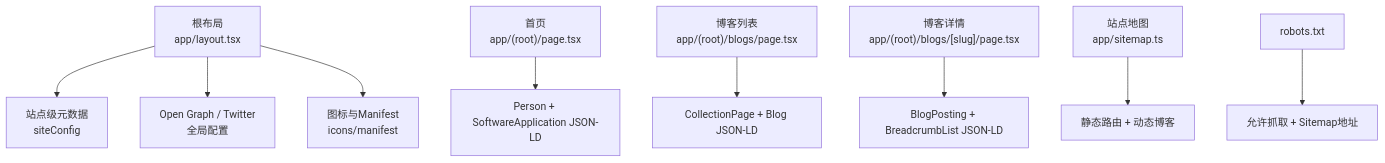
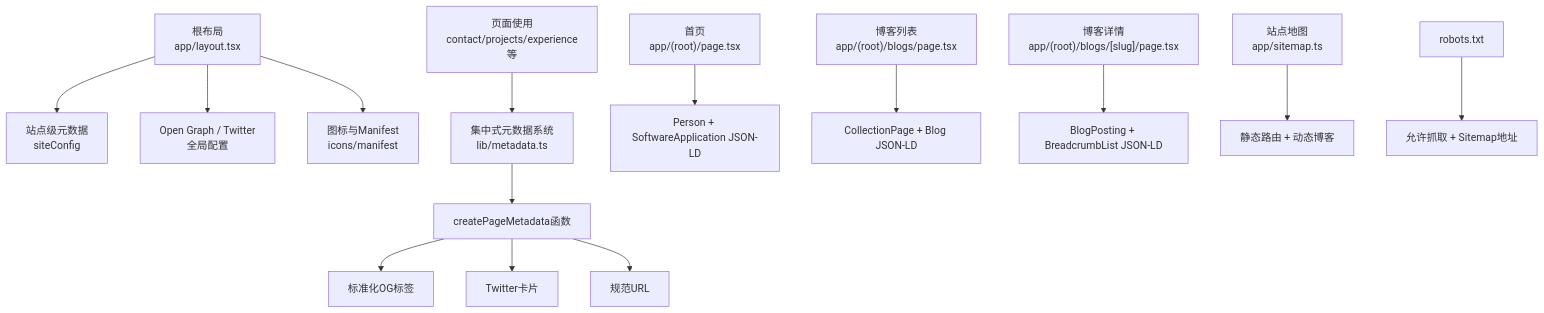
Before and after one commit to florianjsun/next-portfolio: the first of 4 diagrams in .qoder/repowiki/zh/content/SEO优化.md, drawn with Mermaid. The commit also changed other lines of this file and 49 other files, not shown here.

````diff
--- a/.qoder/repowiki/zh/content/SEO优化.md
+++ b/.qoder/repowiki/zh/content/SEO优化.md
@@ -42,11 +59,16 @@
 ```mermaid
 graph TB
 A["根布局<br/>app/layout.tsx"] --> B["站点级元数据<br/>siteConfig"]
 A --> C["Open Graph / Twitter<br/>全局配置"]
 A --> D["图标与Manifest<br/>icons/manifest"]
-E["首页<br/>app/(root)/page.tsx"] --> F["Person + SoftwareApplication JSON-LD"]
-G["博客列表<br/>app/(root)/blogs/page.tsx"] --> H["CollectionPage + Blog JSON-LD"]
-I["博客详情<br/>app/(root)/blogs/[slug]/page.tsx"] --> J["BlogPosting + BreadcrumbList JSON-LD"]
-K["站点地图<br/>app/sitemap.ts"] --> L["静态路由 + 动态博客"]
-M["robots.txt"] --> N["允许抓取 + Sitemap地址"]
+E["集中式元数据系统<br/>lib/metadata.ts"] --> F["createPageMetadata函数"]
+F --> G["标准化OG标签"]
+F --> H["Twitter卡片"]
+F --> I["规范URL"]
+J["页面使用<br/>contact/projects/experience等"] --> E
+K["首页<br/>app/(root)/page.tsx"] --> L["Person + SoftwareApplication JSON-LD"]
+M["博客列表<br/>app/(root)/blogs/page.tsx"] --> N["CollectionPage + Blog JSON-LD"]
+O["博客详情<br/>app/(root)/blogs/[slug]/page.tsx"] --> P["BlogPosting + BreadcrumbList JSON-LD"]
+Q["站点地图<br/>app/sitemap.ts"] --> R["静态路由 + 动态博客"]
+S["robots.txt"] --> T["允许抓取 + Sitemap地址"]
 ```
````
